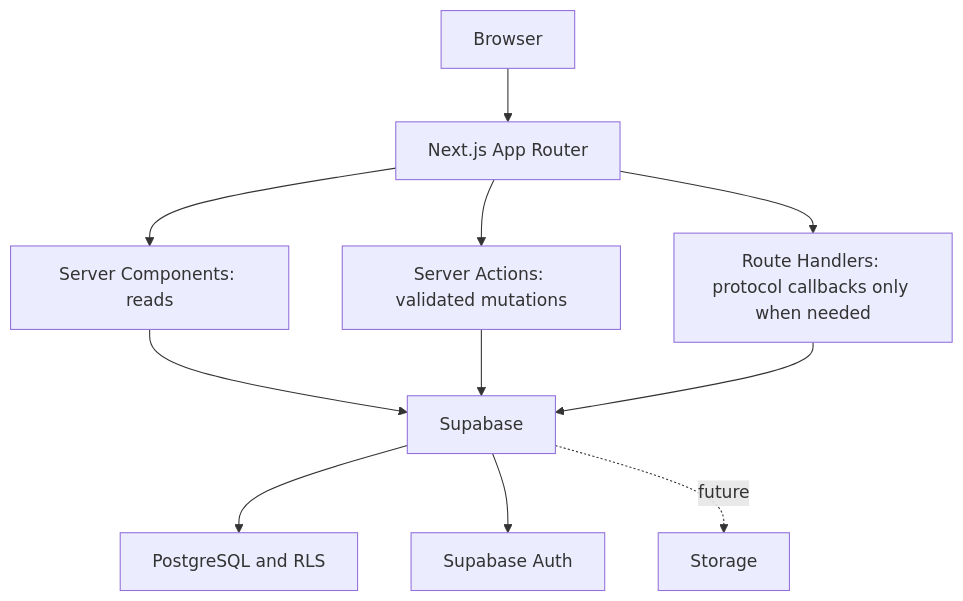
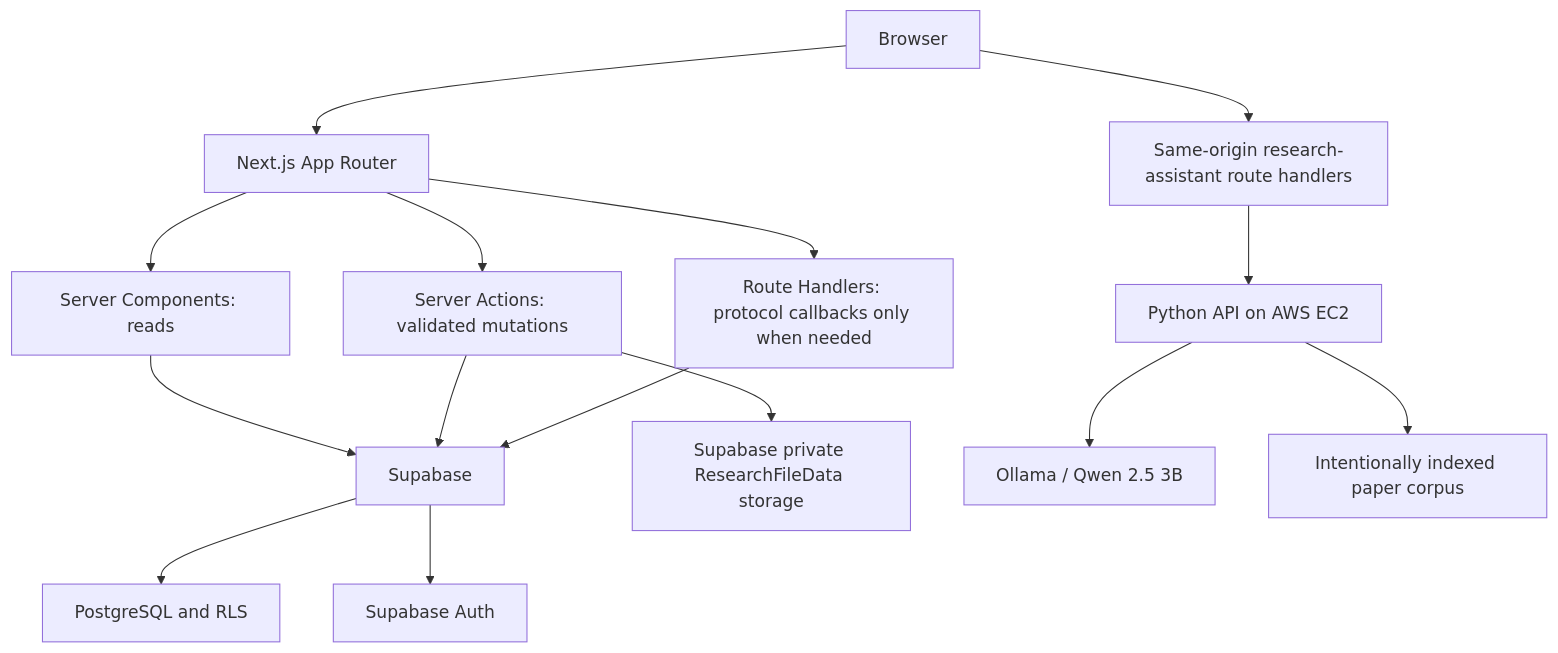
Before and after one commit to naitik-joshi/hackathon-neutron: the diagram in docs/architecture.md, drawn with Mermaid. The commit also changed other lines of this file and 17 other files, not shown here.

````diff
--- a/docs/architecture.md
+++ b/docs/architecture.md
@@ -3,13 +3,17 @@
 ```mermaid
 flowchart TD
  Browser --> Next[Next.js App Router]
  Next --> RSC[Server Components: reads]
  Next --> Actions[Server Actions: validated mutations]
  Next --> Handlers[Route Handlers: protocol callbacks only when needed]
  RSC --> Supabase
  Actions --> Supabase
  Handlers --> Supabase
  Supabase --> PG[PostgreSQL and RLS]
  Supabase --> Auth[Supabase Auth]
- Supabase -. future .-> Storage
+ Actions --> Storage[Supabase private ResearchFileData storage]
+ Browser --> Assistant[Same-origin research-assistant route handlers]
+ Assistant --> Qwen[Python API on AWS EC2]
+ Qwen --> Ollama[Ollama / Qwen 2.5 3B]
+ Qwen --> Corpus[Intentionally indexed paper corpus]
 ```
````
